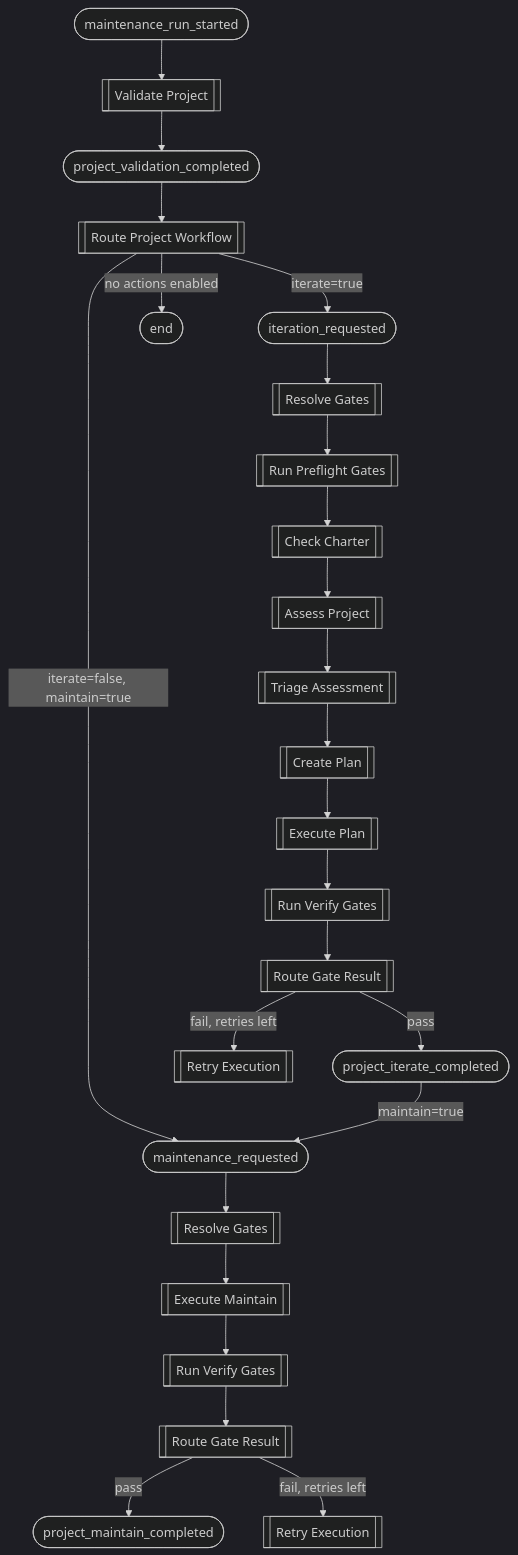
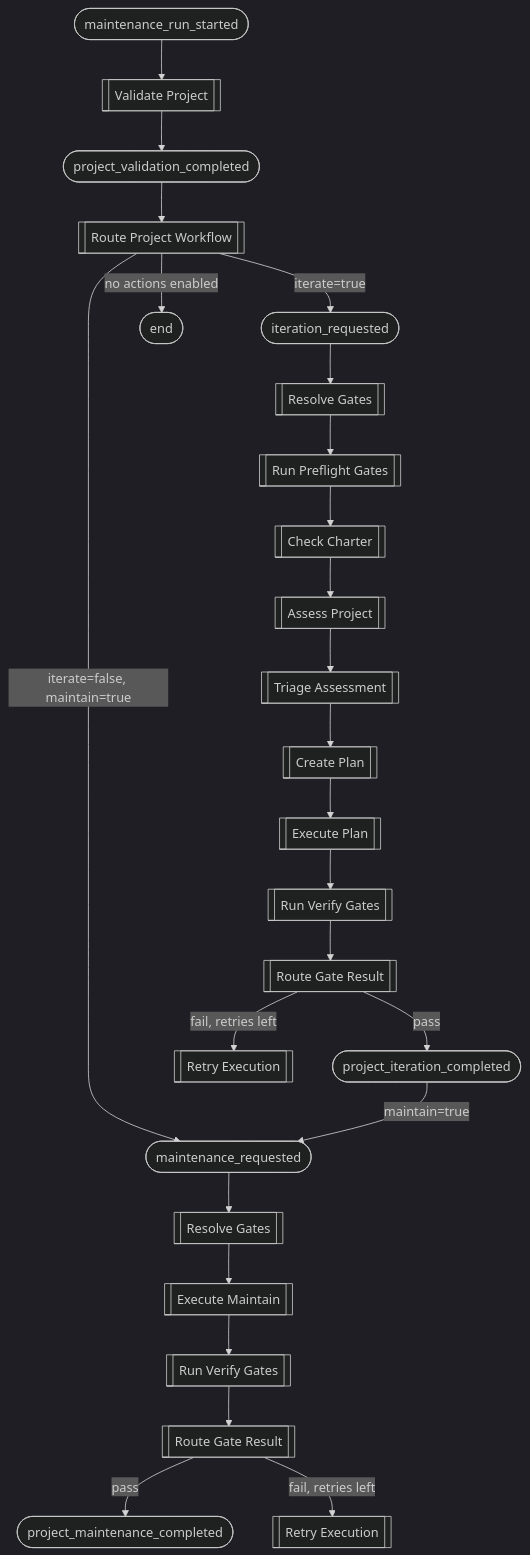
One commit to svetzal/foundry changed the diagram in book/src/guide/maintenance-workflow.md. Above: the diagram before and after it, drawn with Mermaid (dark theme). The commit also changed 37 other files, not shown here.

````diff
--- a/book/src/guide/maintenance-workflow.md
+++ b/book/src/guide/maintenance-workflow.md
@@ -14,27 +14,27 @@
 ```mermaid
 flowchart TD
     A([maintenance_run_started]) --> B[[Validate Project]]
     B --> C([project_validation_completed])
     C --> D[[Route Project Workflow]]
     D -->|iterate=true| E([iteration_requested])
     D -->|iterate=false, maintain=true| F([maintenance_requested])
     D -->|no actions enabled| G([end])
     E --> H[[Resolve Gates]]
     H --> I[[Run Preflight Gates]]
     I --> J[[Check Charter]]
     J --> K[[Assess Project]]
     K --> L[[Triage Assessment]]
     L --> M[[Create Plan]]
     M --> N[[Execute Plan]]
     N --> O[[Run Verify Gates]]
     O --> P[[Route Gate Result]]
-    P -->|pass| Q([project_iterate_completed])
+    P -->|pass| Q([project_iteration_completed])
     P -->|fail, retries left| R[[Retry Execution]]
     Q -->|maintain=true| F
     F --> S[[Resolve Gates]]
     S --> T[[Execute Maintain]]
     T --> U[[Run Verify Gates]]
     U --> V[[Route Gate Result]]
-    V -->|pass| W([project_maintain_completed])
+    V -->|pass| W([project_maintenance_completed])
     V -->|fail, retries left| X[[Retry Execution]]
 ```
````
